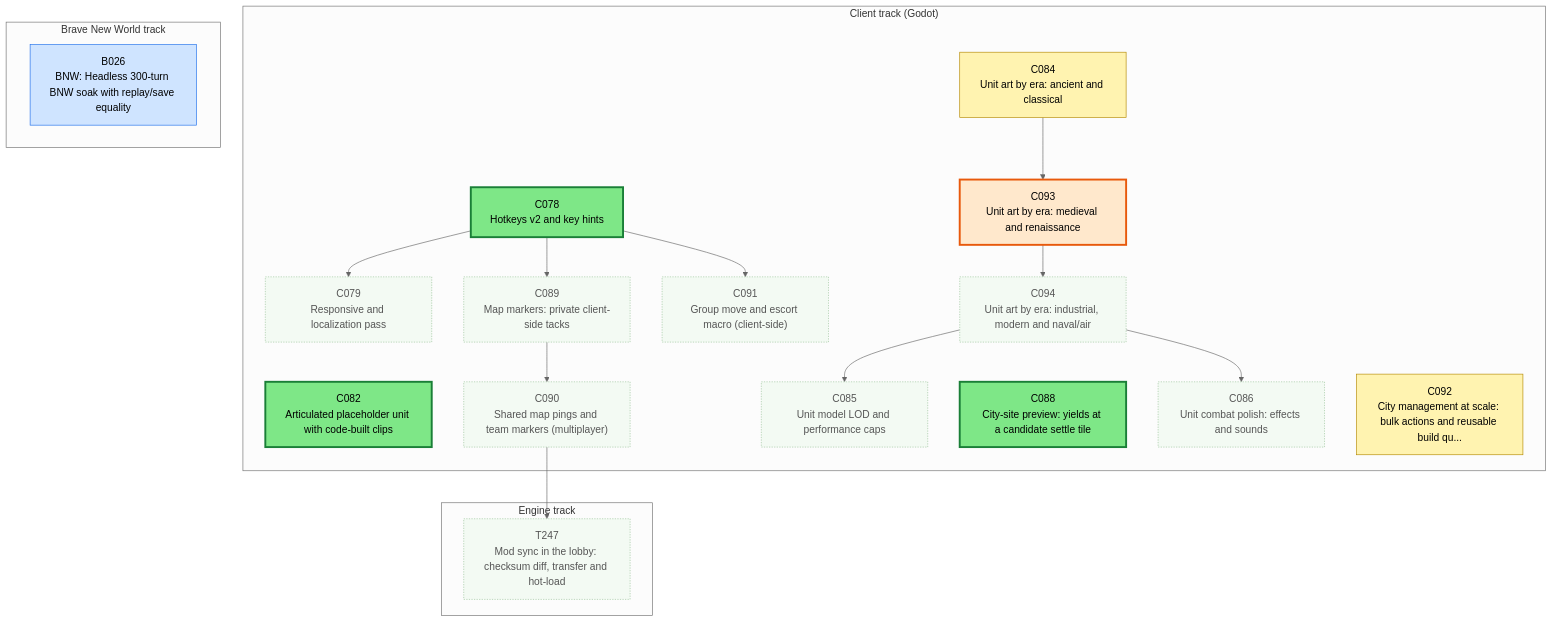
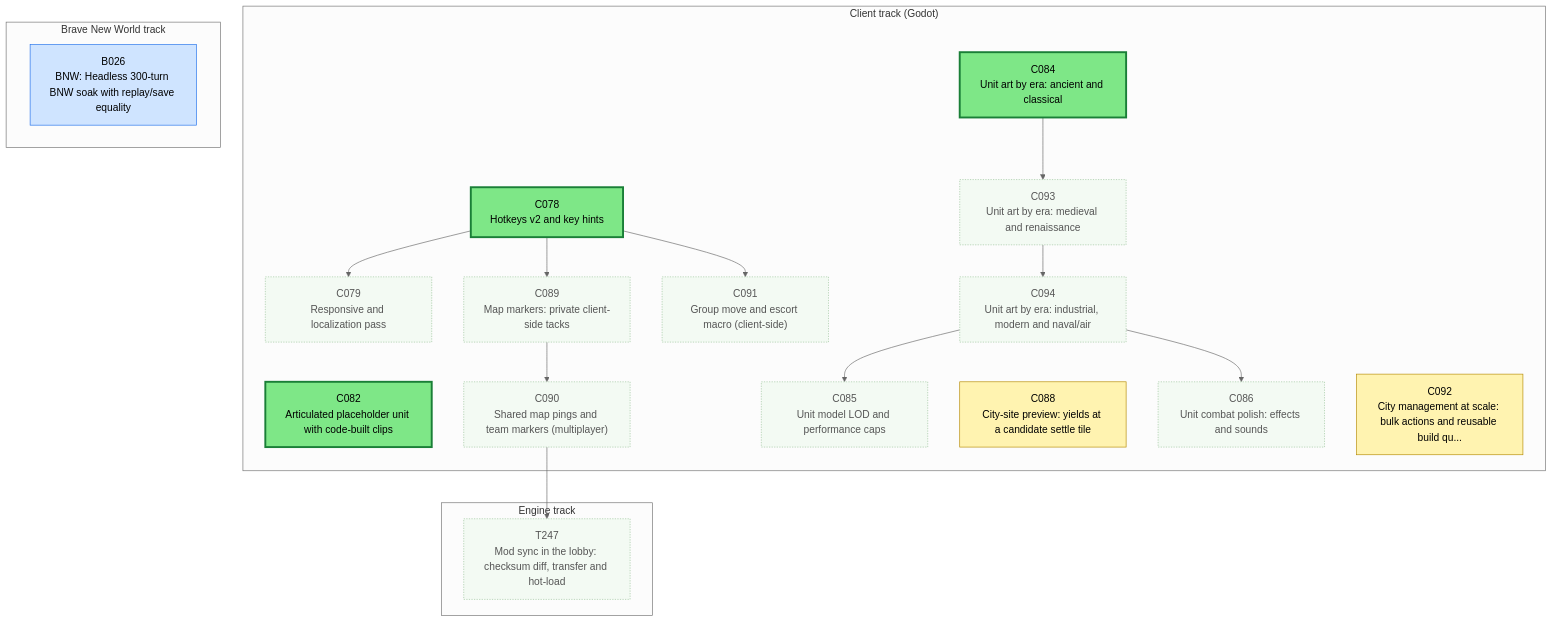
Before and after one commit to Kenmura/Unciv: the first of 3 diagrams in csharp/migration/DEPENDENCY_MAP.md, drawn with Mermaid (neutral theme). The commit also changed other lines of this file and 1 other file, not shown here.

Commit message:
migration: claim C088 [Claude] 2026-10-29T16:13Z

````diff
--- a/csharp/migration/DEPENDENCY_MAP.md
+++ b/csharp/migration/DEPENDENCY_MAP.md
@@ -25,55 +25,55 @@
 ```mermaid
 flowchart TD
   subgraph TTRACK["Engine track"]
     T247["T247<br/>Mod sync in the lobby: checksum diff, transfer and hot-load"]
   end
   subgraph CTRACK["Client track (Godot)"]
     C078["C078<br/>Hotkeys v2 and key hints"]
     C079["C079<br/>Responsive and localization pass"]
     C082["C082<br/>Articulated placeholder unit with code-built clips"]
     C084["C084<br/>Unit art by era: ancient and classical"]
     C085["C085<br/>Unit model LOD and performance caps"]
     C086["C086<br/>Unit combat polish: effects and sounds"]
     C088["C088<br/>City-site preview: yields at a candidate settle tile"]
     C089["C089<br/>Map markers: private client-side tacks"]
     C090["C090<br/>Shared map pings and team markers (multiplayer)"]
     C091["C091<br/>Group move and escort macro (client-side)"]
     C092["C092<br/>City management at scale: bulk actions and reusable build qu..."]
     C093["C093<br/>Unit art by era: medieval and renaissance"]
     C094["C094<br/>Unit art by era: industrial, modern and naval/air"]
   end
   subgraph BTRACK["Brave New World track"]
     B026["B026<br/>BNW: Headless 300-turn BNW soak with replay/save equality"]
   end
   C090 --> T247
   C078 --> C079
   C094 --> C085
   C094 --> C086
   C078 --> C089
   C089 --> C090
   C078 --> C091
   C084 --> C093
   C093 --> C094
   classDef waiting fill:#f3faf3,stroke:#9bc49b,color:#555,stroke-dasharray:2 2
   classDef ondeck fill:#ffe8cc,stroke:#e8590c,stroke-width:3px,color:#000
   classDef ready fill:#7ee787,stroke:#1a7f37,stroke-width:3px,color:#000
   classDef prog fill:#fff3b0,stroke:#b58900,color:#000
   classDef review fill:#cfe4ff,stroke:#1f6feb,color:#000
   classDef blocked fill:#ffd6d6,stroke:#c62828,color:#000
   classDef done fill:#eeeeee,stroke:#999999,color:#666,stroke-dasharray:4 3
   class B026 review
   class C078 ready
   class C079 waiting
   class C082 ready
-  class C084 prog
+  class C084 ready
   class C085 waiting
   class C086 waiting
-  class C088 ready
+  class C088 prog
   class C089 waiting
   class C090 waiting
   class C091 waiting
   class C092 prog
-  class C093 ondeck
+  class C093 waiting
   class C094 waiting
   class T247 waiting
 ```
````
